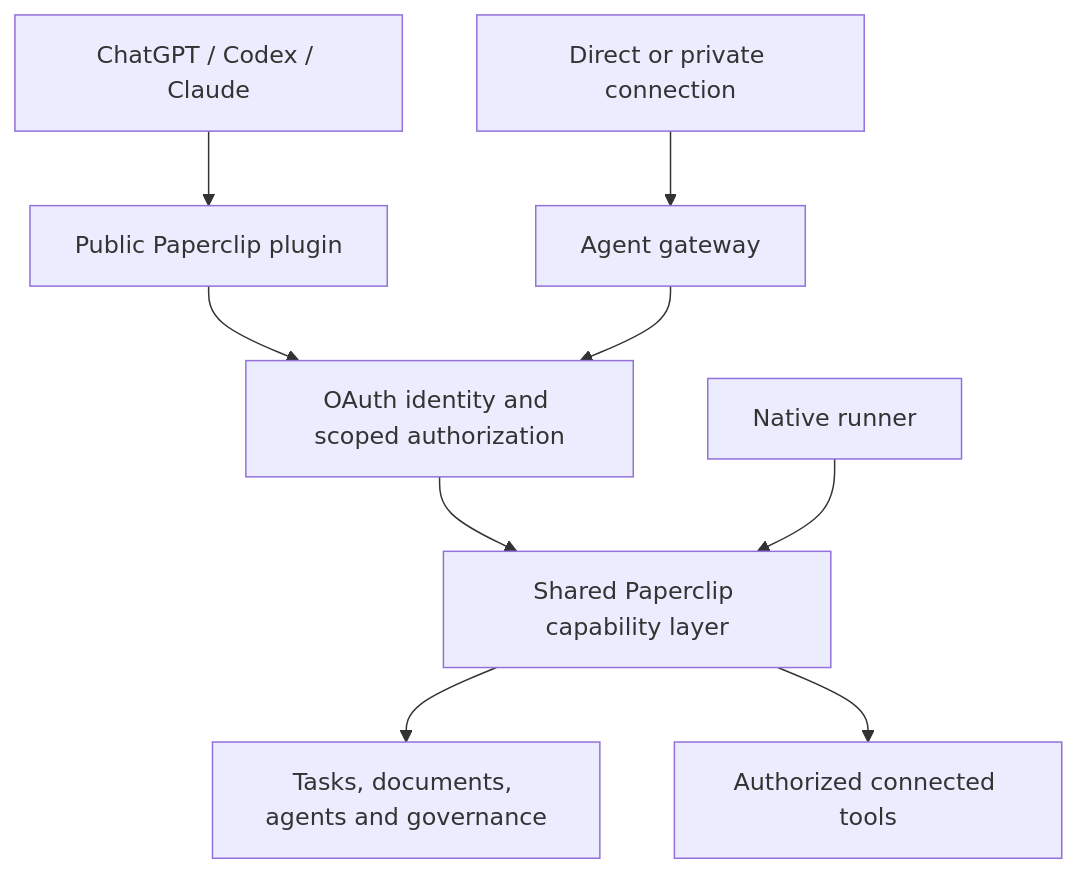
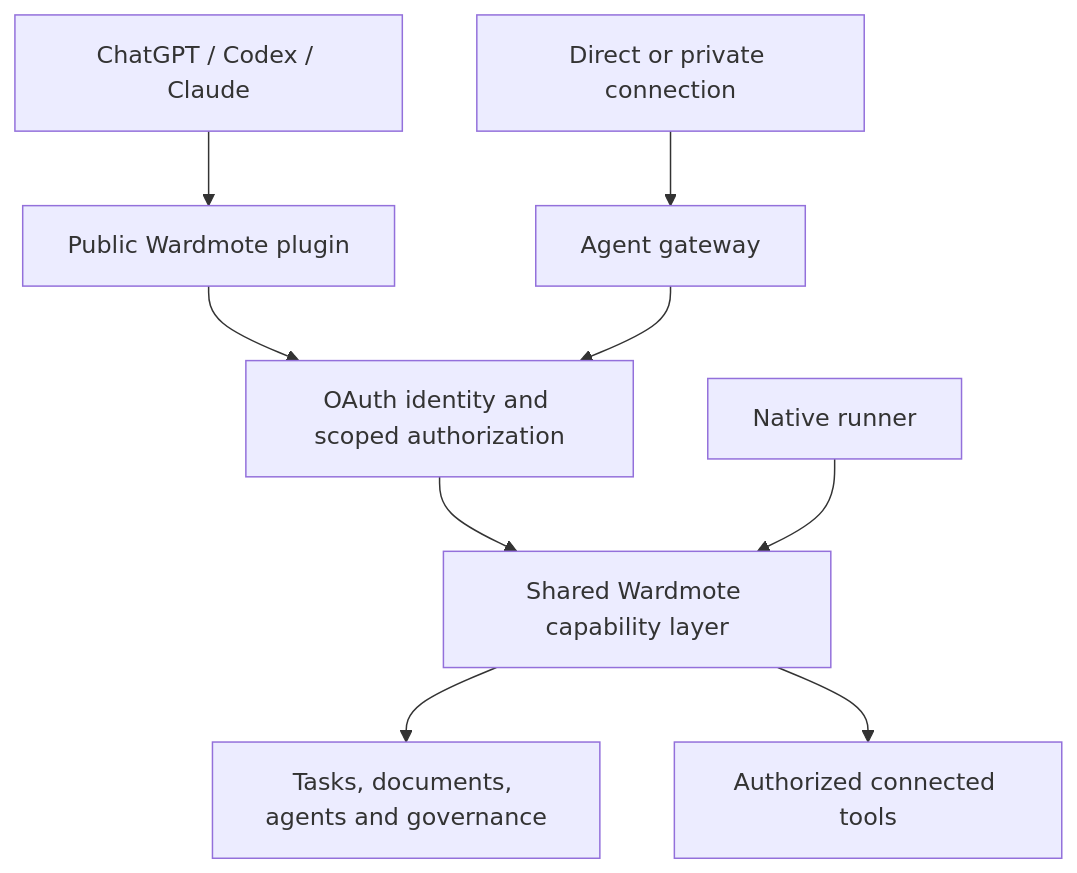
The diagram in doc/plans/2026-09-30-paperclip-public-mcp-and-plugins.md (tickernelz/paperclip-pro), drawn with Mermaid before and after one commit. The commit also changed other lines of this file and 192 other files, not shown here.

````diff
--- a/doc/plans/2026-09-30-paperclip-public-mcp-and-plugins.md
+++ b/doc/plans/2026-09-30-paperclip-public-mcp-and-plugins.md
@@ -46,11 +46,11 @@
 ```mermaid
 flowchart TD
-    A[ChatGPT / Codex / Claude] --> B[Public Paperclip plugin]
+    A[ChatGPT / Codex / Claude] --> B[Public Wardmote plugin]
     C[Direct or private connection] --> D[Agent gateway]
     B --> E[OAuth identity and scoped authorization]
     D --> E
-    E --> F[Shared Paperclip capability layer]
+    E --> F[Shared Wardmote capability layer]
     G[Native runner] --> F
     F --> H[Tasks, documents, agents and governance]
     F --> I[Authorized connected tools]
 ```
````
